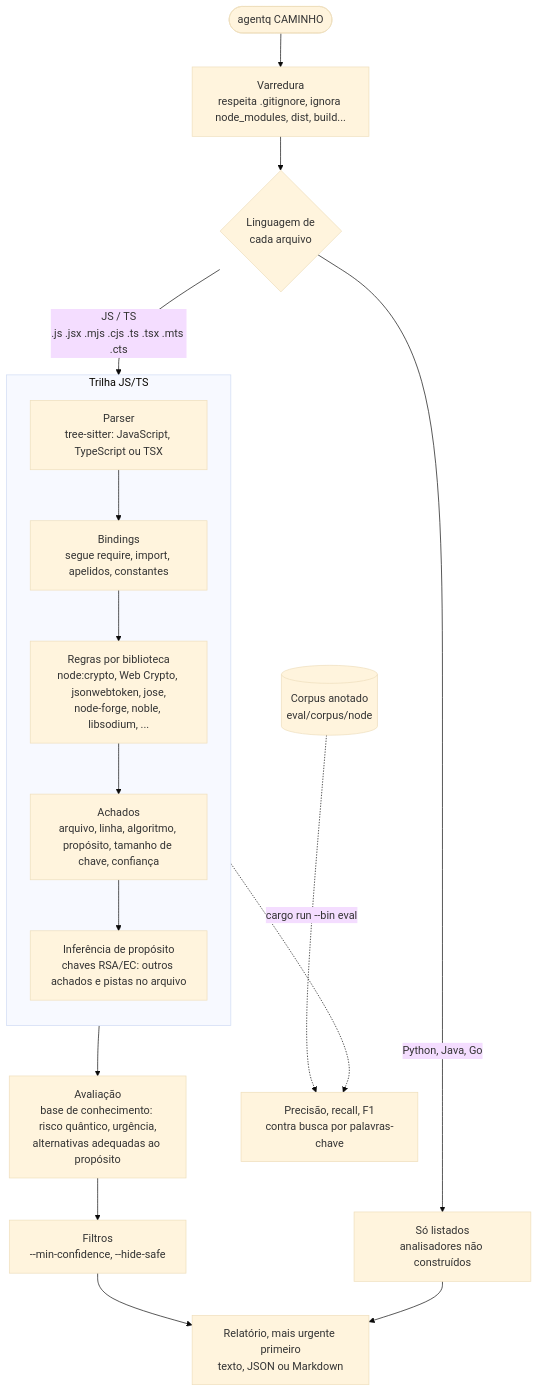
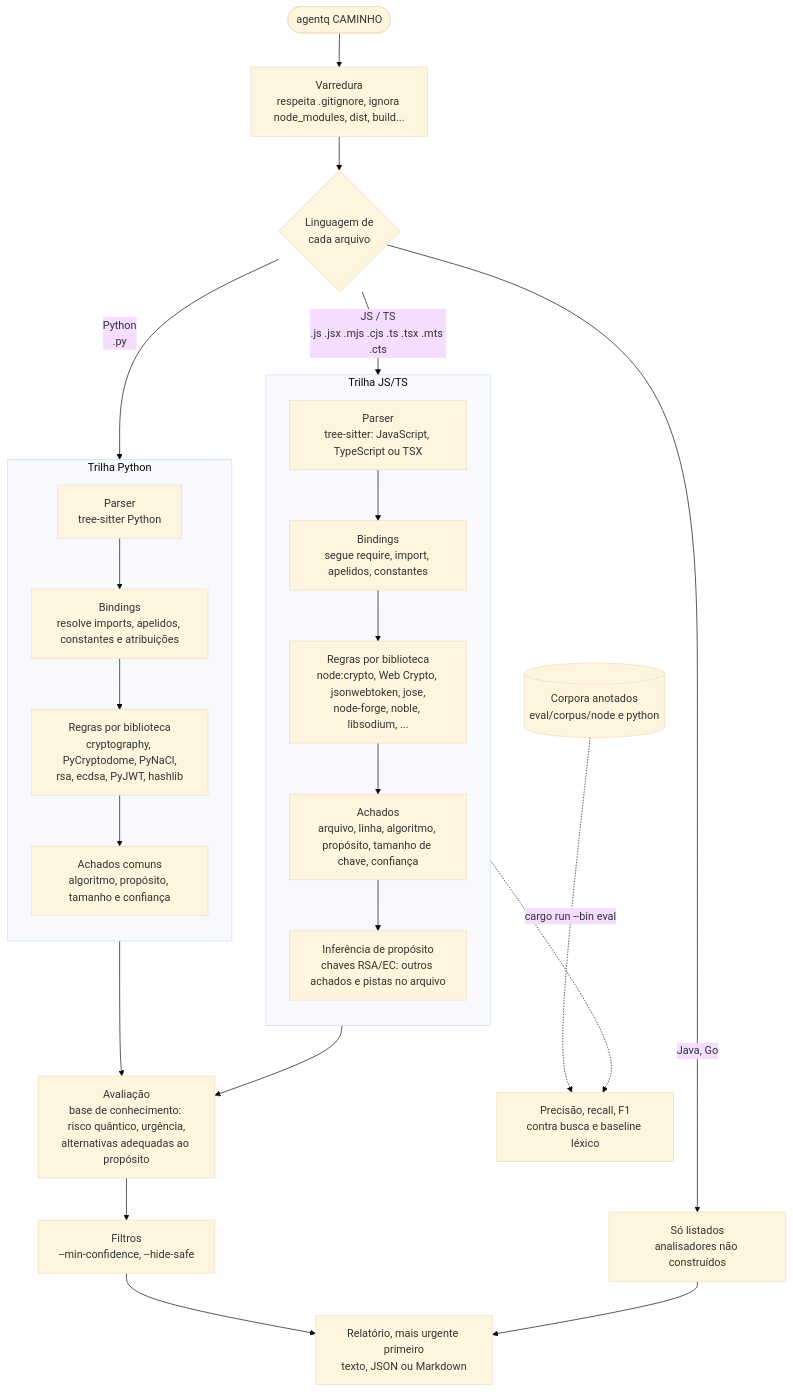
The diagram in docs/tcc.md (Edgarcsr/agentq), drawn with Mermaid (base theme) before and after one commit. The commit also changed other lines of this file and 13 other files, not shown here.

Commit message:
feat(python): add analyzer and lexical evaluation baseline

````diff
--- a/docs/tcc.md
+++ b/docs/tcc.md
@@ -254,24 +256,33 @@
 ```mermaid
 flowchart TD
     start(["agentq CAMINHO"]) --> scan["Varredura<br/>respeita .gitignore, ignora node_modules, dist, build..."]
     scan --> route{"Linguagem de<br/>cada arquivo"}
 
     route -->|"JS / TS<br/>.js .jsx .mjs .cjs .ts .tsx .mts .cts"| parse
-    route -->|"Python, Java, Go"| pending["Só listados<br/>analisadores não construídos"]
+    route -->|"Python<br/>.py"| pyparse["Parser<br/>tree-sitter Python"]
+    route -->|"Java, Go"| pending["Só listados<br/>analisadores não construídos"]
 
     subgraph jstrack ["Trilha JS/TS"]
         direction TB
         parse["Parser<br/>tree-sitter: JavaScript, TypeScript ou TSX"] --> bind["Bindings<br/>segue require, import, apelidos, constantes"]
         bind --> rules["Regras por biblioteca<br/>node:crypto, Web Crypto, jsonwebtoken, jose,<br/>node-forge, noble, libsodium, ..."]
         rules --> raw["Achados<br/>arquivo, linha, algoritmo, propósito, tamanho de chave, confiança"]
         raw --> infer["Inferência de propósito<br/>chaves RSA/EC: outros achados e pistas no arquivo"]
     end
 
+      subgraph pytrack["Trilha Python"]
+        direction TB
+        pyparse --> pybind["Bindings<br/>resolve imports, apelidos, constantes e atribuições"]
+        pybind --> pyrules["Regras por biblioteca<br/>cryptography, PyCryptodome, PyNaCl,<br/>rsa, ecdsa, PyJWT, hashlib"]
+        pyrules --> pyfindings["Achados comuns<br/>algoritmo, propósito, tamanho e confiança"]
+      end
+
     infer --> assess["Avaliação<br/>base de conhecimento: risco quântico, urgência,<br/>alternativas adequadas ao propósito"]
+      pyfindings --> assess
     assess --> filter["Filtros<br/>--min-confidence, --hide-safe"]
     filter --> report["Relatório, mais urgente primeiro<br/>texto, JSON ou Markdown"]
     pending --> report
 
-    corpus[("Corpus anotado<br/>eval/corpus/node")] -.->|"cargo run --bin eval"| metrics["Precisão, recall, F1<br/>contra busca por palavras-chave"]
+    corpus[("Corpora anotados<br/>eval/corpus/node e python")] -.->|"cargo run --bin eval"| metrics["Precisão, recall, F1<br/>contra busca e baseline léxico"]
     infer -.-> metrics
 ```
````
